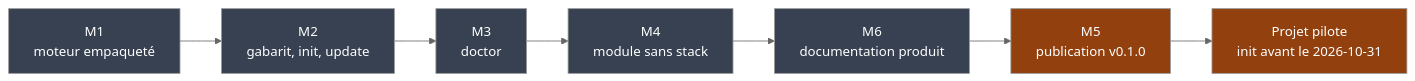
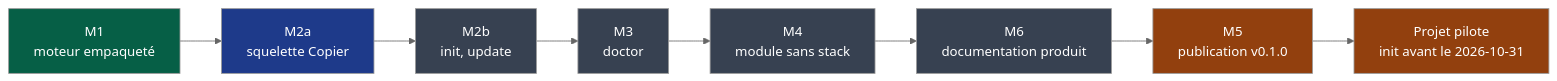
The diagram in docs/governance/plans/2026-09-15-moteur-v0.1.0.md (NapkinStack/engineering-os), drawn with Mermaid (neutral theme) before and after one commit. The commit also changed other lines of this file and 68 other files, not shown here.

First line of the commit message:
M2a — Squelette Copier (#14)

````diff
--- a/docs/governance/plans/2026-09-15-moteur-v0.1.0.md
+++ b/docs/governance/plans/2026-09-15-moteur-v0.1.0.md
@@ -48,12 +48,15 @@
 ```mermaid
 flowchart LR
-    M1["M1<br/>moteur empaqueté"]:::afaire --> M2["M2<br/>gabarit, init, update"]:::afaire
-    M2 --> M3["M3<br/>doctor"]:::afaire
+    M1["M1<br/>moteur empaqueté"]:::fait --> M2a["M2a<br/>squelette Copier"]:::encours
+    M2a --> M2b["M2b<br/>init, update"]:::afaire
+    M2b --> M3["M3<br/>doctor"]:::afaire
     M3 --> M4["M4<br/>module sans stack"]:::afaire
     M4 --> M6["M6<br/>documentation produit"]:::afaire
     M6 --> M5["M5<br/>publication v0.1.0"]:::humain
     M5 --> PP["Projet pilote<br/>init avant le 2026-10-31"]:::humain
 
+    classDef fait fill:#065f46,color:#fff
+    classDef encours fill:#1e3a8a,color:#fff
     classDef afaire fill:#374151,color:#fff
     classDef humain fill:#92400e,color:#fff
 ```
````
